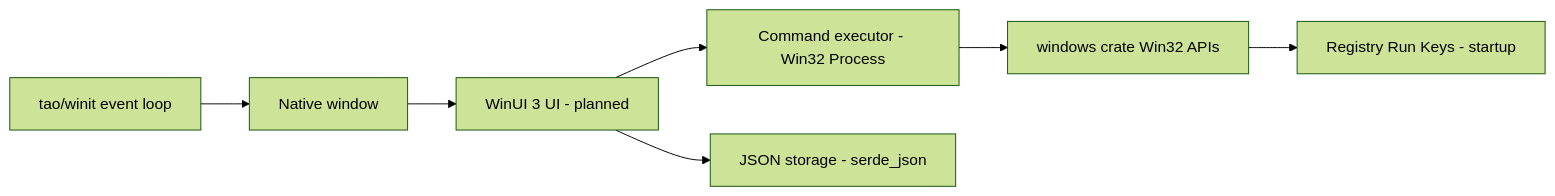
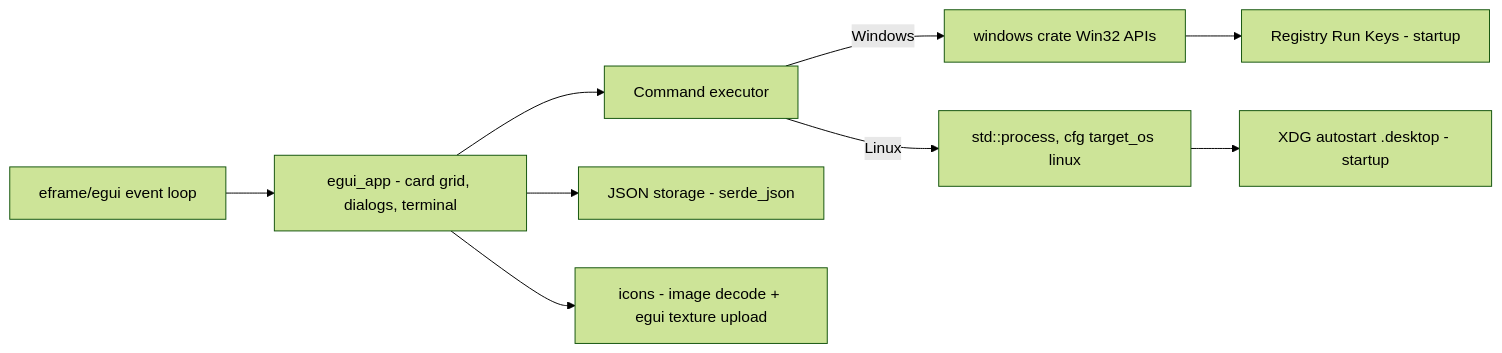
One commit to RebelliousSmile/DevToolBox changed the first of 2 diagrams in aidd_docs/memory/architecture.md. Above: the diagram before and after it, drawn with Mermaid (forest theme). The commit also changed other lines of this file and 84 other files, not shown here.

````diff
--- a/aidd_docs/memory/architecture.md
+++ b/aidd_docs/memory/architecture.md
@@ -21,9 +35,11 @@
 ```mermaid
 flowchart LR
-    EL[tao/winit event loop] --> WIN[Native window]
-    WIN --> UI[WinUI 3 UI - planned]
-    UI --> EXEC[Command executor - Win32 Process]
-    EXEC --> WINAPI[windows crate Win32 APIs]
+    EL[eframe/egui event loop] --> UI[egui_app - card grid, dialogs, terminal]
+    UI --> EXEC[Command executor]
+    EXEC -->|Windows| WINAPI[windows crate Win32 APIs]
+    EXEC -->|Linux| STDPROC[std::process, cfg target_os linux]
     UI --> STORE[JSON storage - serde_json]
+    UI --> ICONS[icons - image decode + egui texture upload]
     WINAPI --> REG[Registry Run Keys - startup]
+    STDPROC --> XDG[XDG autostart .desktop - startup]
 ```
````
